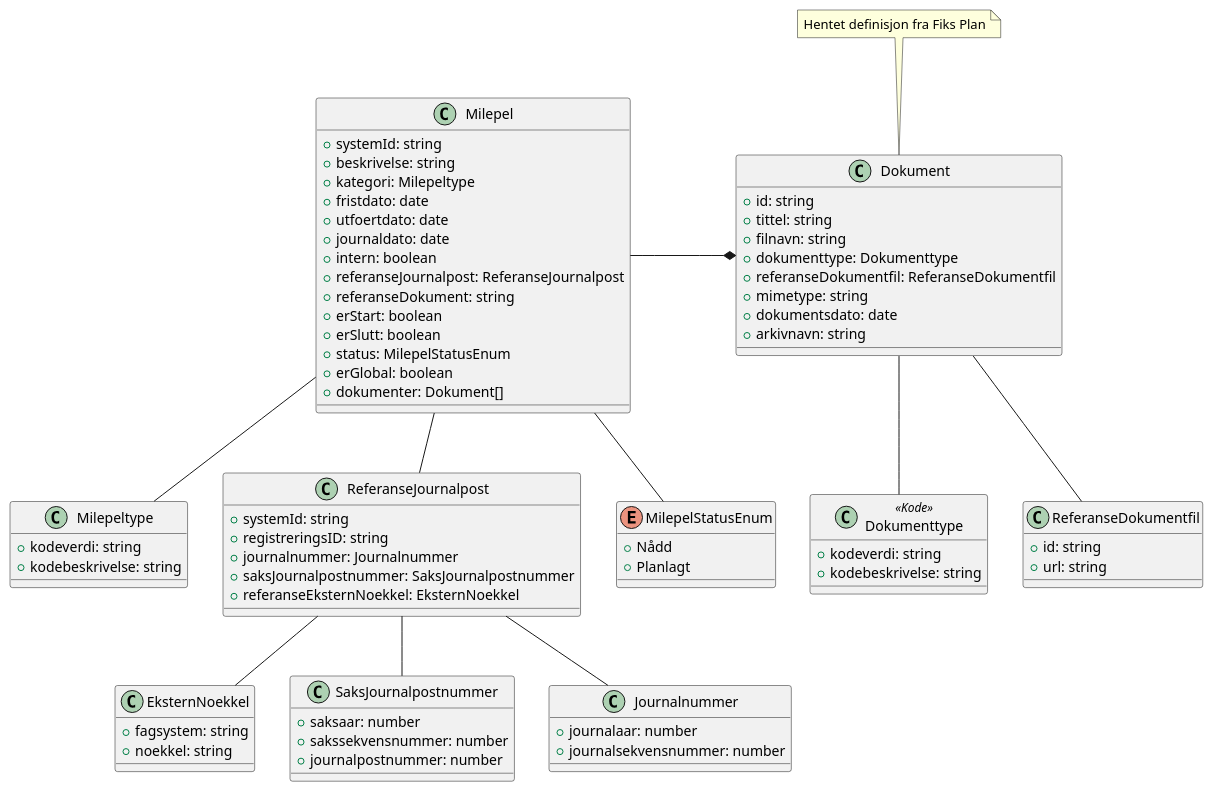
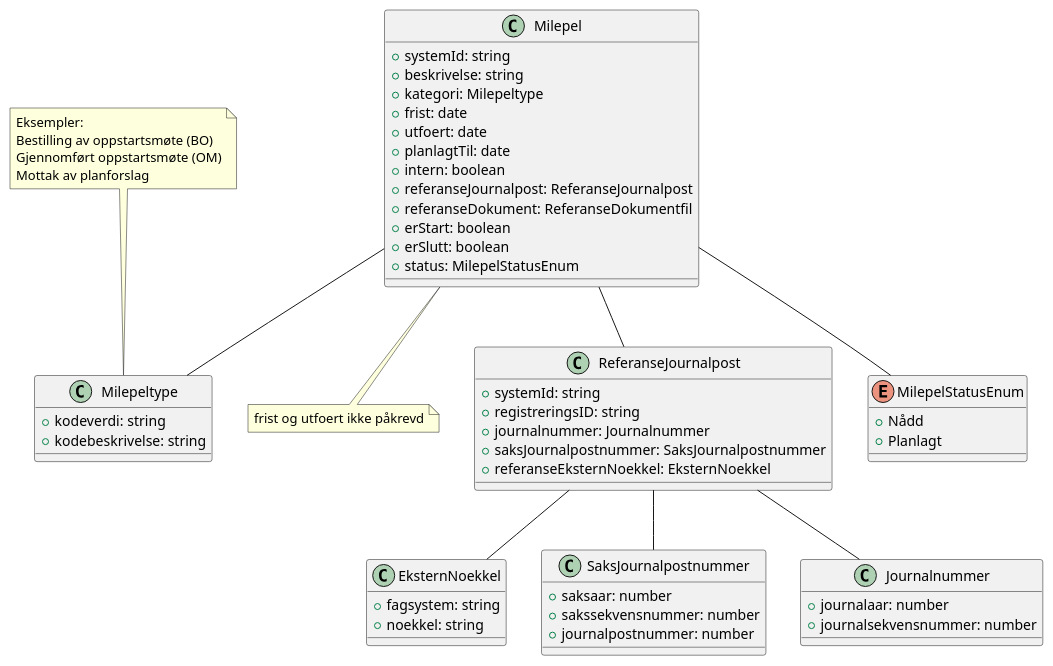
One commit to ks-no/fiks-saksfaser-specification changed the diagram in Dokumentasjon/V1/ClassDiagrams/no.ks.fiks.saksfaser.v1.felles.milepel/classdiagram.pu. Above: the diagram before and after it, drawn with PlantUML. The commit also changed 18 other files, not shown here.

Commit message:
Bruker include av diagrammer. Mye lettere å vedlikelholde nå

```diff
--- a/Dokumentasjon/V1/ClassDiagrams/no.ks.fiks.saksfaser.v1.felles.milepel/classdiagram.pu
+++ b/Dokumentasjon/V1/ClassDiagrams/no.ks.fiks.saksfaser.v1.felles.milepel/classdiagram.pu
@@ -1,92 +1,66 @@
 @startuml
 
 class Milepel {
     +systemId: string
     +beskrivelse: string
     +kategori: Milepeltype
-    +fristdato: date
-    +utfoertdato: date
-    +journaldato: date
+    +frist: date
+    +utfoert: date
+    +planlagtTil: date
     +intern: boolean
     +referanseJournalpost: ReferanseJournalpost
-    +referanseDokument: string
+    +referanseDokument: ReferanseDokumentfil
     +erStart: boolean
     +erSlutt: boolean
     +status: MilepelStatusEnum
-    +erGlobal: boolean
-    +dokumenter: Dokument[]
 }
 
 Milepel -- Milepeltype
+
+note top of Milepeltype : Eksempler: \nBestilling av oppstartsmøte (BO)\nGjennomført oppstartsmøte (OM)\nMottak av planforslag
+
+note bottom of Milepel: frist og utfoert ikke påkrevd
+
 
 class Milepeltype {
     +kodeverdi: string
     +kodebeskrivelse: string
 }
 
 Milepel -- ReferanseJournalpost
 
 class ReferanseJournalpost {
     +systemId: string
     +registreringsID: string
     +journalnummer: Journalnummer
     +saksJournalpostnummer: SaksJournalpostnummer
     +referanseEksternNoekkel: EksternNoekkel
 }
 
 Milepel -- MilepelStatusEnum
-Milepel -* Dokument
 ReferanseJournalpost -- EksternNoekkel
 ReferanseJournalpost -- SaksJournalpostnummer
 ReferanseJournalpost -- Journalnummer
 
 class SaksJournalpostnummer {
     +saksaar: number
     +sakssekvensnummer: number
     +journalpostnummer: number
 }
 
 class Journalnummer {
     +journalaar: number
     +journalsekvensnummer: number
 }
 
 class EksternNoekkel {
     +fagsystem: string
     +noekkel: string
 }
 
 enum MilepelStatusEnum {
     +Nådd
     +Planlagt
 }
 
-
-class Dokument {
-    +id: string
-    +tittel: string
-    +filnavn: string
-    +dokumenttype: Dokumenttype
-    +referanseDokumentfil: ReferanseDokumentfil
-    +mimetype: string
-    +dokumentsdato: date
-    +arkivnavn: string
-}
-
-note top of Dokument : Hentet definisjon fra Fiks Plan
-
-Dokument -- Dokumenttype
-Dokument -- ReferanseDokumentfil
-
-class Dokumenttype <<Kode>> {
-    +kodeverdi: string
-    +kodebeskrivelse: string
-}
-
-class ReferanseDokumentfil {
-    +id: string
-    +url: string
-}
-
-
 @enduml
```
